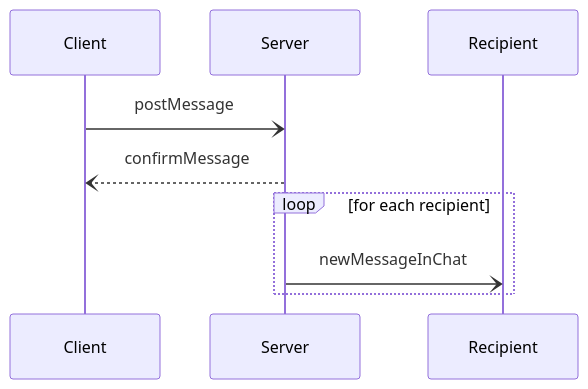
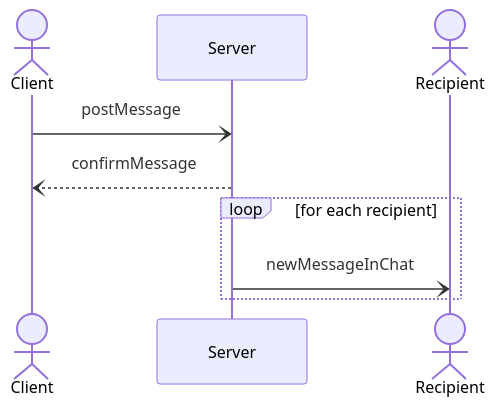
The sixth of 6 diagrams in documentation_wip/network_protocol.md (frephs/IS24-AM21), drawn with Mermaid before and after one commit. The commit also changed other lines of this file, not shown here.

````diff
--- a/documentation_wip/network_protocol.md
+++ b/documentation_wip/network_protocol.md
@@ -219,9 +218,10 @@
 ```mermaid
 sequenceDiagram
+Actor Client
     Client -) Server: postMessage
     Server --) Client: confirmMessage
-
+Actor Recipient
     loop for each recipient
         Server -) Recipient: newMessageInChat
     end
 ```
````
